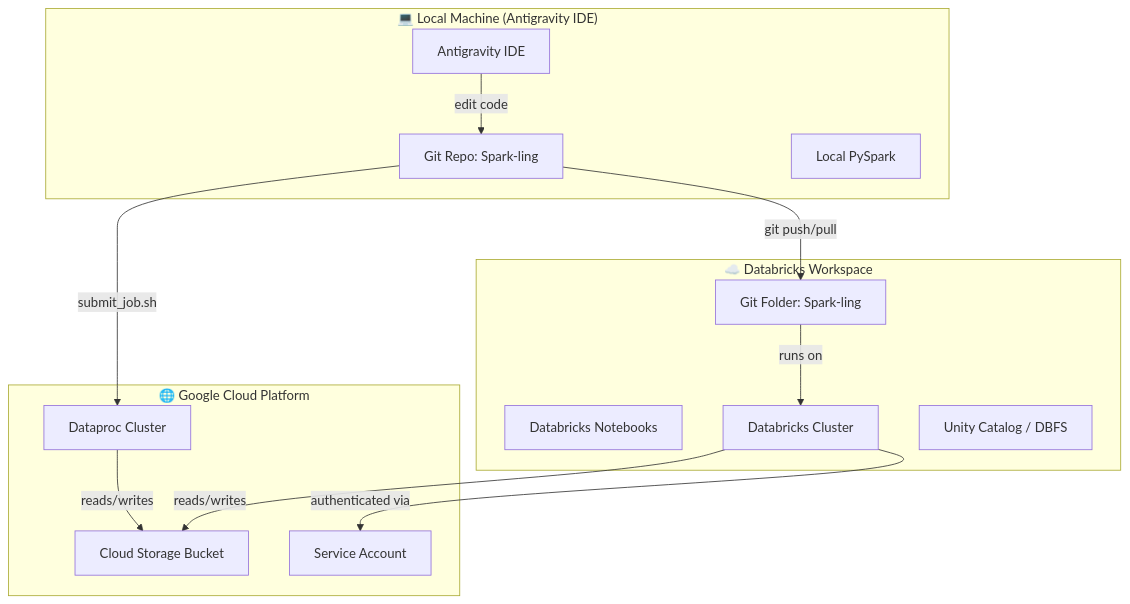
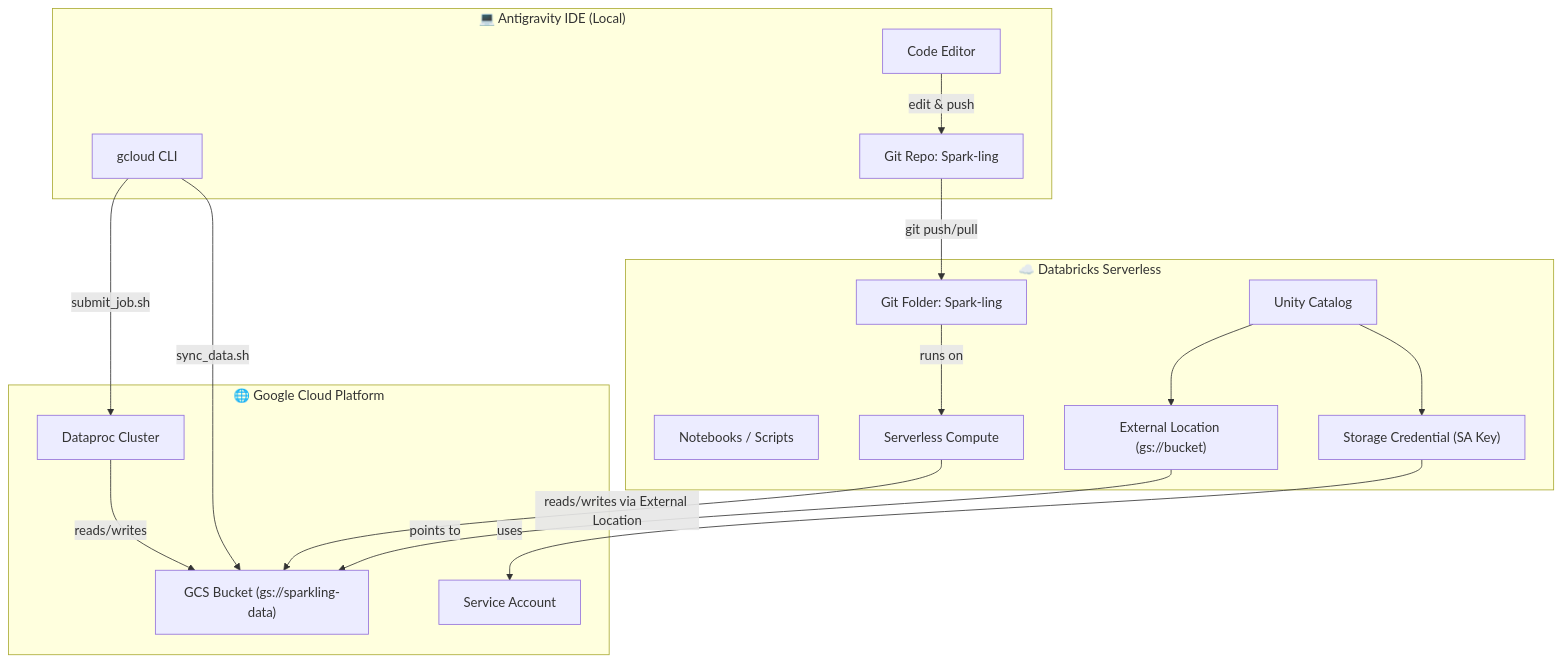
One commit to huynguyen305/Spark-ling changed the first of 3 diagrams in docs/INTEGRATION_GUIDE.md. Above: the diagram before and after it, drawn with Mermaid. The commit also changed other lines of this file and 2 other files, not shown here.

Commit message:
docs: Update integration guide for Databricks Serverless using Unity Catalog and refine `spark_config.py` and `data_generator.py` for environment compatibility.

````diff
--- a/docs/INTEGRATION_GUIDE.md
+++ b/docs/INTEGRATION_GUIDE.md
@@ -9,29 +9,35 @@
 ```mermaid
 graph TB
-    subgraph LOCAL["💻 Local Machine (Antigravity IDE)"]
-        AG[Antigravity IDE]
+    subgraph LOCAL["💻 Antigravity IDE (Local)"]
+        AG[Code Editor]
         GIT[Git Repo: Spark-ling]
-        LOCAL_SPARK[Local PySpark]
+        CLI[gcloud CLI]
     end
 
-    subgraph DATABRICKS["☁️ Databricks Workspace"]
+    subgraph DBX["☁️ Databricks Serverless"]
         DBX_GIT[Git Folder: Spark-ling]
-        DBX_NOTEBOOKS[Databricks Notebooks]
-        DBX_CLUSTER[Databricks Cluster]
-        DBX_CATALOG[Unity Catalog / DBFS]
+        DBX_NOTEBOOK[Notebooks / Scripts]
+        SERVERLESS[Serverless Compute]
+        UC["Unity Catalog"]
+        STORAGECRED["Storage Credential (SA Key)"]
+        EXTLOC["External Location (gs://bucket)"]
     end
 
     subgraph GCP["🌐 Google Cloud Platform"]
-        GCS[Cloud Storage Bucket]
+        GCS["GCS Bucket (gs://sparkling-data)"]
+        SA[Service Account]
         DATAPROC[Dataproc Cluster]
-        SA[Service Account]
     end
 
-    AG -->|"edit code"| GIT
+    AG -->|"edit & push"| GIT
     GIT -->|"git push/pull"| DBX_GIT
-    DBX_GIT -->|"runs on"| DBX_CLUSTER
-    DBX_CLUSTER -->|"reads/writes"| GCS
+    DBX_GIT -->|"runs on"| SERVERLESS
+    UC --> STORAGECRED
+    STORAGECRED -->|"uses"| SA
+    UC --> EXTLOC
+    EXTLOC -->|"points to"| GCS
+    SERVERLESS -->|"reads/writes via External Location"| GCS
+    CLI -->|"sync_data.sh"| GCS
+    CLI -->|"submit_job.sh"| DATAPROC
     DATAPROC -->|"reads/writes"| GCS
-    GIT -->|"submit_job.sh"| DATAPROC
-    DBX_CLUSTER -->|"authenticated via"| SA
 ```
````
